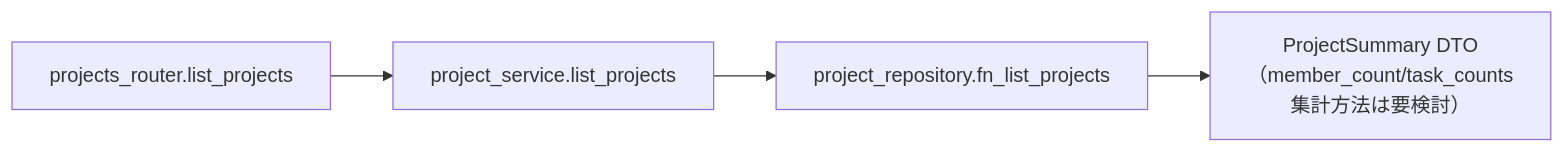
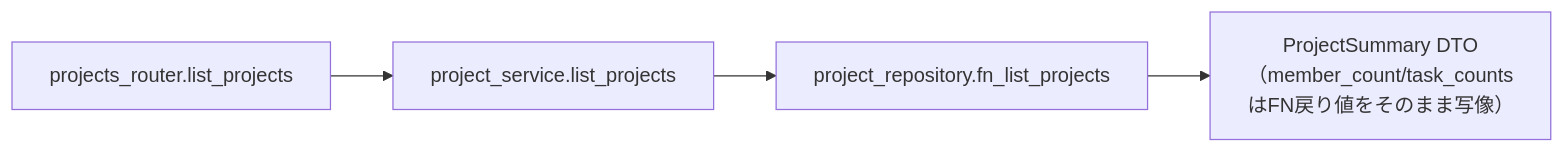
One commit to oikawa-d/task_management changed the third of 4 diagrams in detailed_design/api/projects/01_get_projects.md. Above: the diagram before and after it, drawn with Mermaid. The commit also changed other lines of this file and 1 other file, not shown here.

First line of the commit message:
docs: #12 fn_list_projectsにmember_count/task_countsの集計を統合(A案)

````diff
--- a/detailed_design/api/projects/01_get_projects.md
+++ b/detailed_design/api/projects/01_get_projects.md
@@ -200,6 +199,6 @@
 ```mermaid
 flowchart LR
     R["projects_router.list_projects"] --> S["project_service.list_projects"]
     S --> RP["project_repository.fn_list_projects"]
-    RP --> M["ProjectSummary DTO（member_count/task_counts集計方法は要検討）"]
+    RP --> M["ProjectSummary DTO（member_count/task_countsはFN戻り値をそのまま写像）"]
 ```
````
